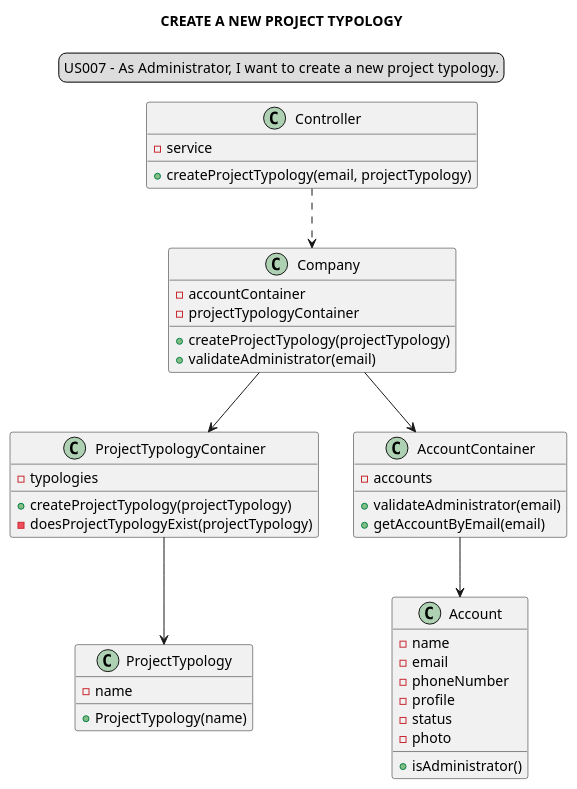
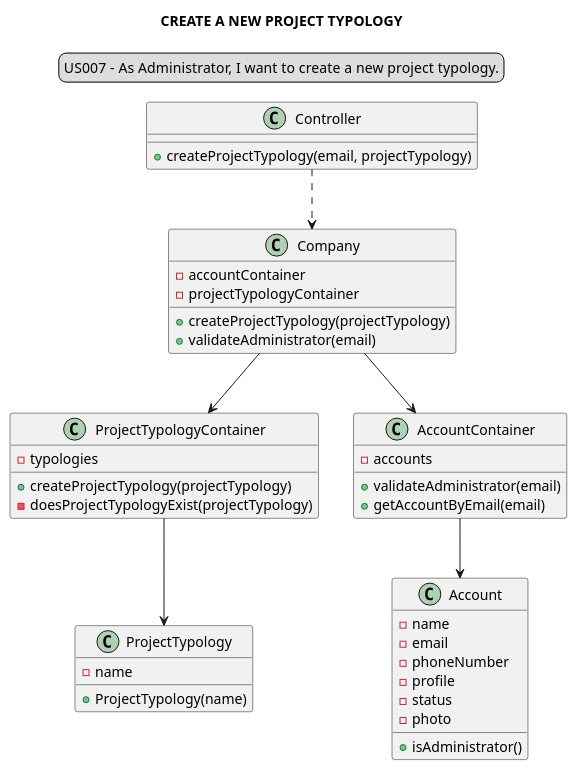
The diagram in docs/modelling_design/user_stories/sprint02/us007/US007_classDiagram.puml (Loracline/project_switch_22-23), drawn with PlantUML before and after one commit.

Commit message:
US007: Designer: Update US007 Class Diagram

```diff
--- a/docs/modelling_design/user_stories/sprint02/us007/US007_classDiagram.puml
+++ b/docs/modelling_design/user_stories/sprint02/us007/US007_classDiagram.puml
@@ -1,50 +1,49 @@
 @startuml
 
 legend top
 US007 -  As Administrator, I want to create a new project typology.
 end legend
 skinparam sequenceMessageAlign center
 title CREATE A NEW PROJECT TYPOLOGY
 
 "Controller" ..> "Company"
 "Company" --> "ProjectTypologyContainer"
 "Company" --> "AccountContainer"
 "ProjectTypologyContainer" --> "ProjectTypology"
 "AccountContainer" --> "Account"
 
 class "Controller" {
--service
 +createProjectTypology(email, projectTypology)
 }
 class "Company" {
 -accountContainer
 -projectTypologyContainer
 +createProjectTypology(projectTypology)
 +validateAdministrator(email)
 }
 class "ProjectTypologyContainer"{
 -typologies
 +createProjectTypology(projectTypology)
 -doesProjectTypologyExist(projectTypology)
 }
 class "AccountContainer"{
 -accounts
 +validateAdministrator(email)
 +getAccountByEmail(email)
 }
 class "ProjectTypology"{
 -name
 +ProjectTypology(name)
 }
 
 class "Account"{
 -name
 -email
 -phoneNumber
 -profile
 -status
 -photo
 +isAdministrator()
 }
 
 @enduml
```
